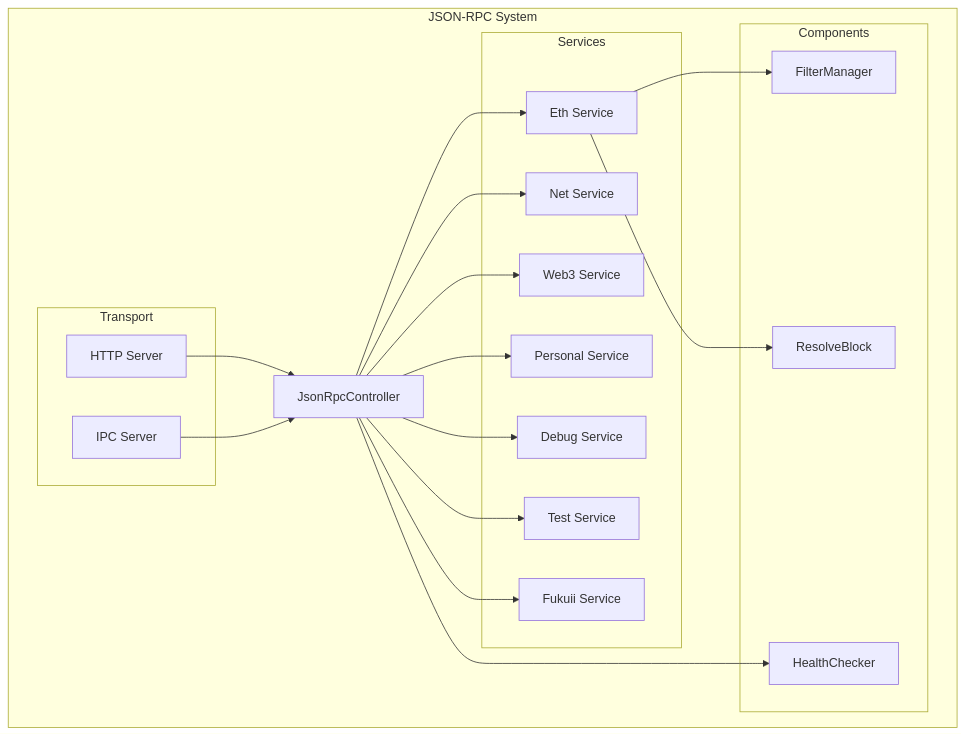
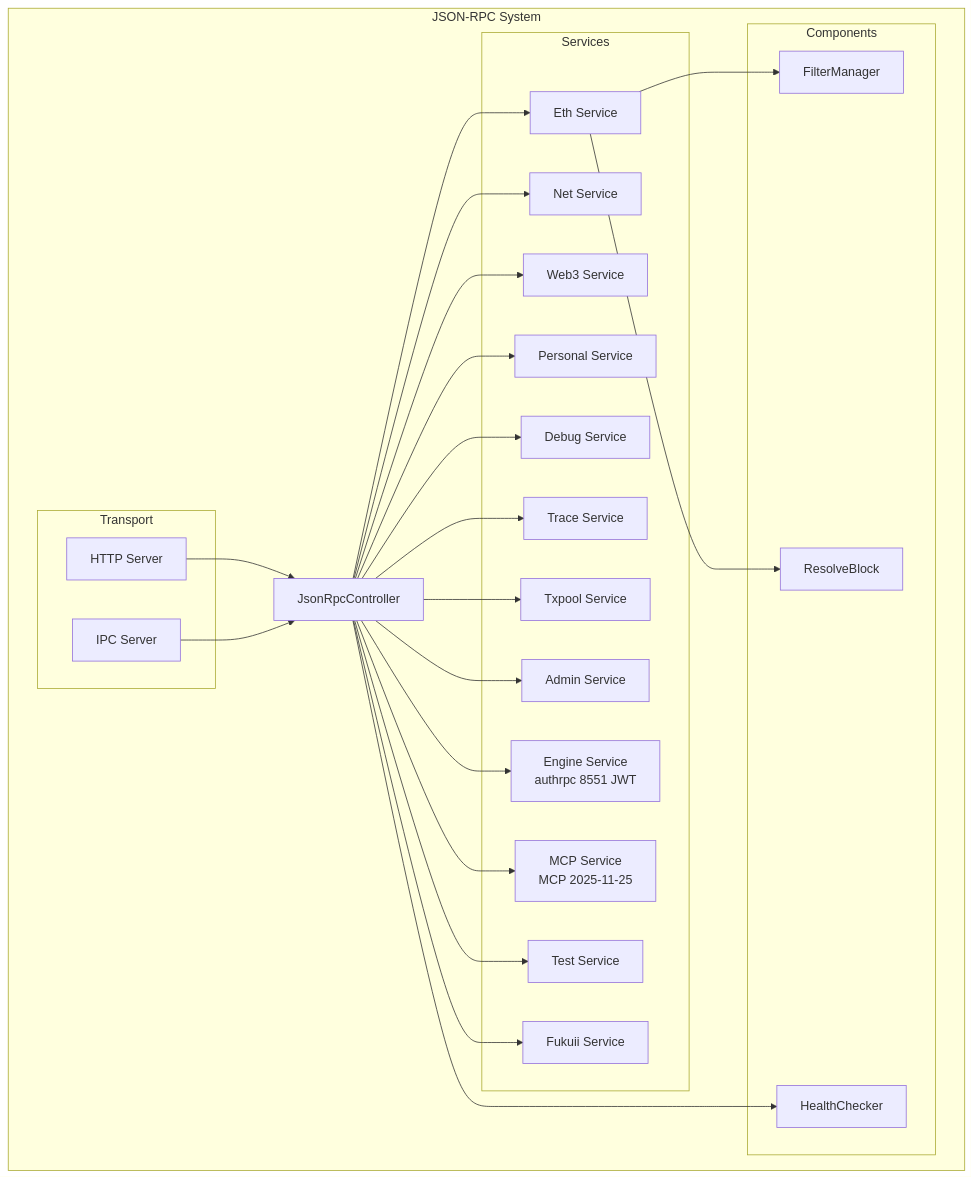
The eighth of 13 diagrams in docs/architecture/architecture-overview.md (chippr-robotics/fukuii), drawn with Mermaid before and after one commit. The commit also changed other lines of this file and 2 other files, not shown here.

````diff
--- a/docs/architecture/architecture-overview.md
+++ b/docs/architecture/architecture-overview.md
@@ -429,42 +450,52 @@
 ```mermaid
 graph TB
     subgraph "JSON-RPC System"
         CTRL[JsonRpcController]
         
         subgraph "Transport"
             HTTP[HTTP Server]
             IPC[IPC Server]
         end
         
         subgraph "Services"
             ETH[Eth Service]
             NET[Net Service]
             WEB3[Web3 Service]
             PERSONAL[Personal Service]
             DEBUG[Debug Service]
+            TRACE[Trace Service]
+            TXPOOL[Txpool Service]
+            ADMIN[Admin Service]
+            ENGINESVC[Engine Service<br/>authrpc 8551 JWT]
+            MCP[MCP Service<br/>MCP 2025-11-25]
             TEST[Test Service]
             FUKUII[Fukuii Service]
         end
         
         subgraph "Components"
             FM[FilterManager]
             RB[ResolveBlock]
             HC[HealthChecker]
         end
     end
     
     HTTP --> CTRL
     IPC --> CTRL
     
     CTRL --> ETH
     CTRL --> NET
     CTRL --> WEB3
     CTRL --> PERSONAL
     CTRL --> DEBUG
+    CTRL --> TRACE
+    CTRL --> TXPOOL
+    CTRL --> ADMIN
+    CTRL --> ENGINESVC
+    CTRL --> MCP
     CTRL --> TEST
     CTRL --> FUKUII
     
     ETH --> FM
     ETH --> RB
     CTRL --> HC
 ```
````
